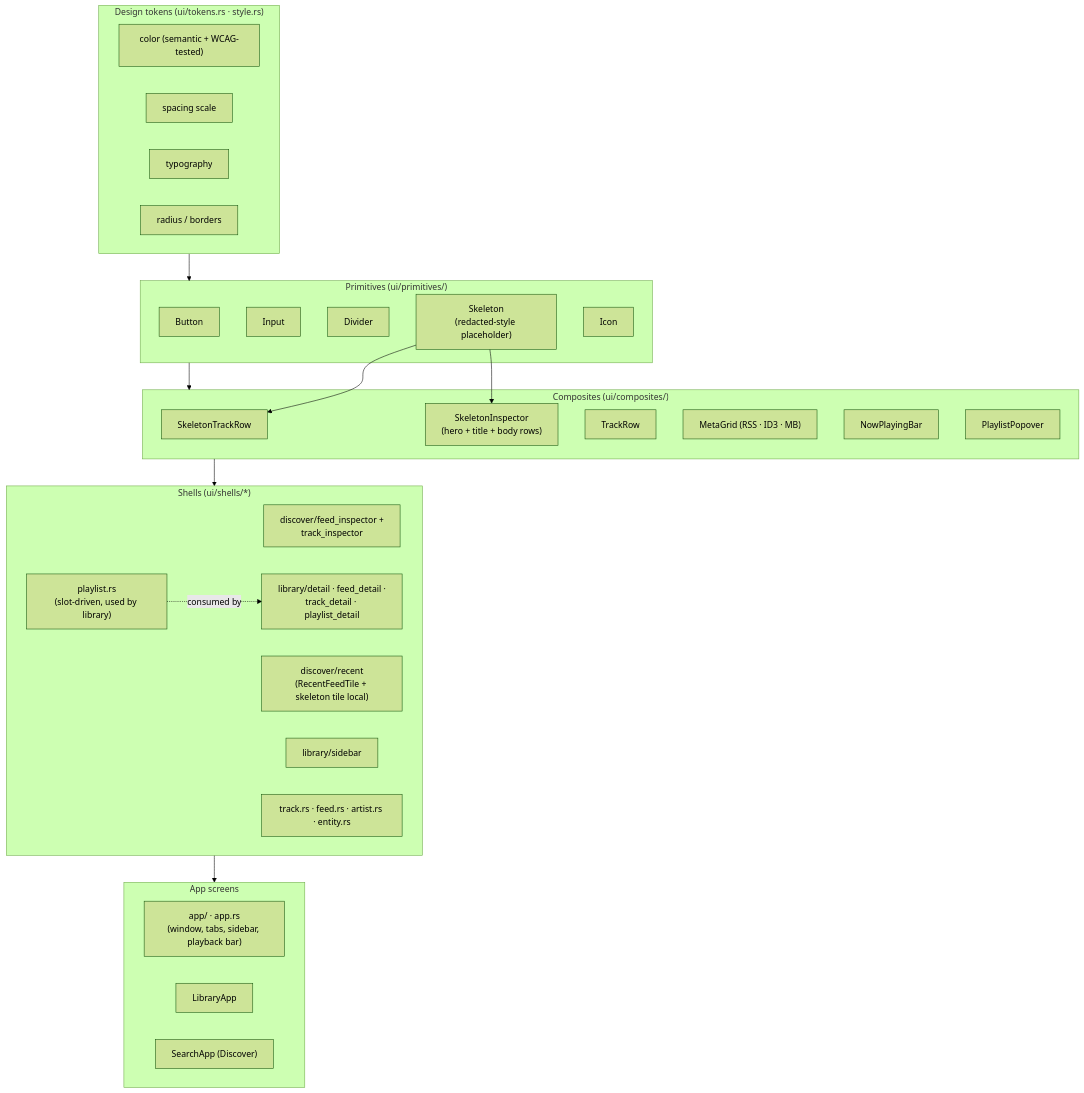
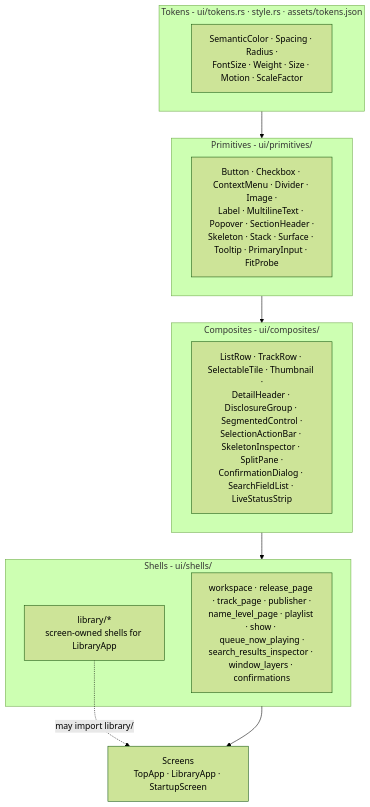
Before and after one commit to InTheMorning/HitIt: the fourth of 9 diagrams in docs/architecture/architecture-current-snapshot.md, drawn with Mermaid (forest theme). The commit also changed other lines of this file and 1 other file, not shown here.

First line of the commit message:
Redraw the architecture snapshot at commit 86d97e7

````diff
--- a/docs/architecture/architecture-current-snapshot.md
+++ b/docs/architecture/architecture-current-snapshot.md
@@ -259,45 +246,20 @@
 ```mermaid
 graph TD
-    subgraph Tokens["Design tokens (ui/tokens.rs · style.rs)"]
-        TColor["color (semantic + WCAG-tested)"]
-        TSpace["spacing scale"]
-        TType["typography"]
-        TRadius["radius / borders"]
+    subgraph Tokens["Tokens - ui/tokens.rs · style.rs · assets/tokens.json"]
+        T["SemanticColor · Spacing · Radius ·<br/>FontSize · Weight · Size · Motion · ScaleFactor"]
     end
+    subgraph Prims["Primitives - ui/primitives/"]
+        P["Button · Checkbox · ContextMenu · Divider · Image ·<br/>Label · MultilineText · Popover · SectionHeader ·<br/>Skeleton · Stack · Surface · Tooltip · PrimaryInput · FitProbe"]
+    end
+    subgraph Comps["Composites - ui/composites/"]
+        C["ListRow · TrackRow · SelectableTile · Thumbnail ·<br/>DetailHeader · DisclosureGroup · SegmentedControl ·<br/>SelectionActionBar · SkeletonInspector · SplitPane ·<br/>ConfirmationDialog · SearchFieldList · LiveStatusStrip"]
+    end
+    subgraph Shells["Shells - ui/shells/"]
+        S["workspace · release_page · track_page · publisher ·<br/>name_level_page · playlist · show · queue_now_playing ·<br/>search_results_inspector · window_layers · confirmations"]
+        SL["library/*<br/>screen-owned shells for LibraryApp"]
+    end
+    Screens["Screens<br/>TopApp · LibraryApp · StartupScreen"]
 
-    subgraph Prims["Primitives (ui/primitives/)"]
-        PBtn["Button"]
-        PInput["Input"]
-        PDiv["Divider"]
-        PSkel["Skeleton<br/>(redacted-style placeholder)"]
-        PIcon["Icon"]
-    end
-
-    subgraph Comps["Composites (ui/composites/)"]
-        CSkelTrack["SkeletonTrackRow"]
-        CSkelIns["SkeletonInspector<br/>(hero + title + body rows)"]
-        CTrackRow["TrackRow"]
-        CMetaGrid["MetaGrid (RSS · ID3 · MB)"]
-        CNPBar["NowPlayingBar"]
-        CPlPop["PlaylistPopover"]
-    end
-
-    subgraph Shells["Shells (ui/shells/*)"]
-        ShDiscInsp["discover/feed_inspector +<br/>track_inspector"]
-        ShDiscRecent["discover/recent<br/>(RecentFeedTile + skeleton tile local)"]
-        ShLibDetail["library/detail · feed_detail ·<br/>track_detail · playlist_detail"]
-        ShLibSidebar["library/sidebar"]
-        ShPlaylist["playlist.rs<br/>(slot-driven, used by library)"]
-        ShTrack["track.rs · feed.rs · artist.rs · entity.rs"]
-    end
-
-    subgraph AppScreens["App screens"]
-        AppRoot["app/ · app.rs<br/>(window, tabs, sidebar, playback bar)"]
-        LibScr["LibraryApp"]
-        DiscScr["SearchApp (Discover)"]
-    end
-
-    Tokens --> Prims --> Comps --> Shells --> AppScreens
-    PSkel --> CSkelTrack & CSkelIns
-    ShPlaylist -. consumed by .-> ShLibDetail
+    Tokens --> Prims --> Comps --> Shells --> Screens
+    SL -. "may import library/" .-> Screens
 ```
````
